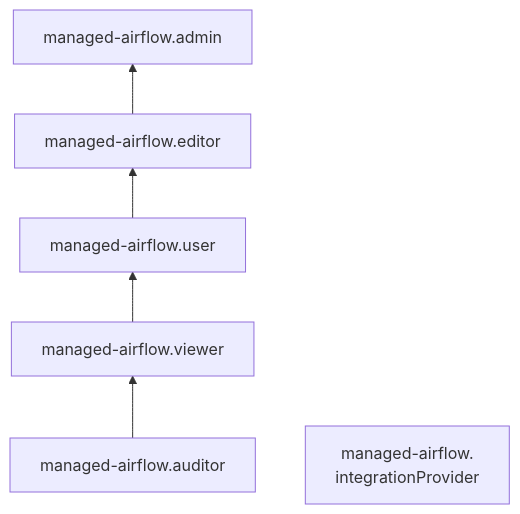
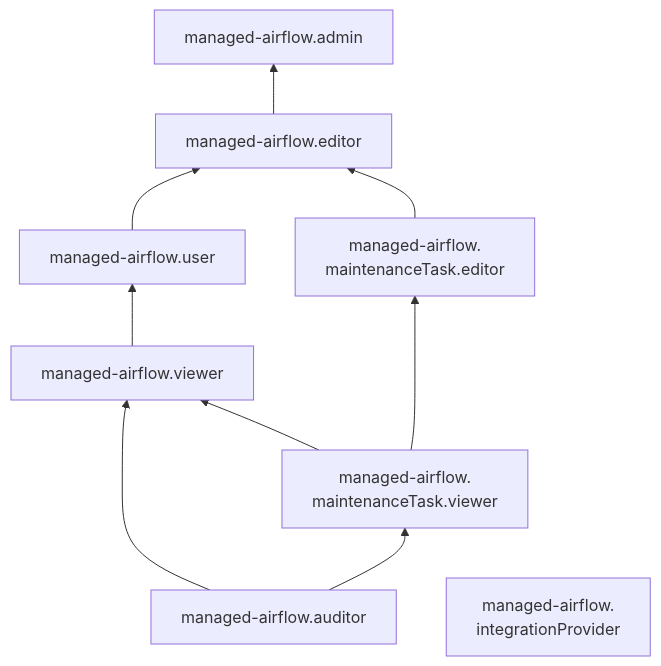
Before and after one commit to yandex-cloud/docs: the diagram in en/_mermaid/roles/managed-airflow.md, drawn with Mermaid. The commit also changed 584 other files, not shown here.

````diff
--- a/en/_mermaid/roles/managed-airflow.md
+++ b/en/_mermaid/roles/managed-airflow.md
@@ -1,9 +1,15 @@
 ```mermaid
 flowchart BT
     managed-airflow.auditor --> managed-airflow.viewer 
     managed-airflow.viewer --> managed-airflow.user 
     managed-airflow.user --> managed-airflow.editor
     managed-airflow.editor --> managed-airflow.admin
+    managed-airflow.auditor --> managed-airflow.maintenanceTask.viewer["`managed-airflow.
+    maintenanceTask.viewer`"]
+    managed-airflow.maintenanceTask.viewer --> managed-airflow.viewer
+    managed-airflow.maintenanceTask.viewer --> managed-airflow.maintenanceTask.editor["`managed-airflow.
+    maintenanceTask.editor`"]
+    managed-airflow.maintenanceTask.editor --> managed-airflow.editor
     managed-airflow.integrationProvider["`managed-airflow.
-    integrationProvider`"] 
+    integrationProvider`"]
 ```
````
